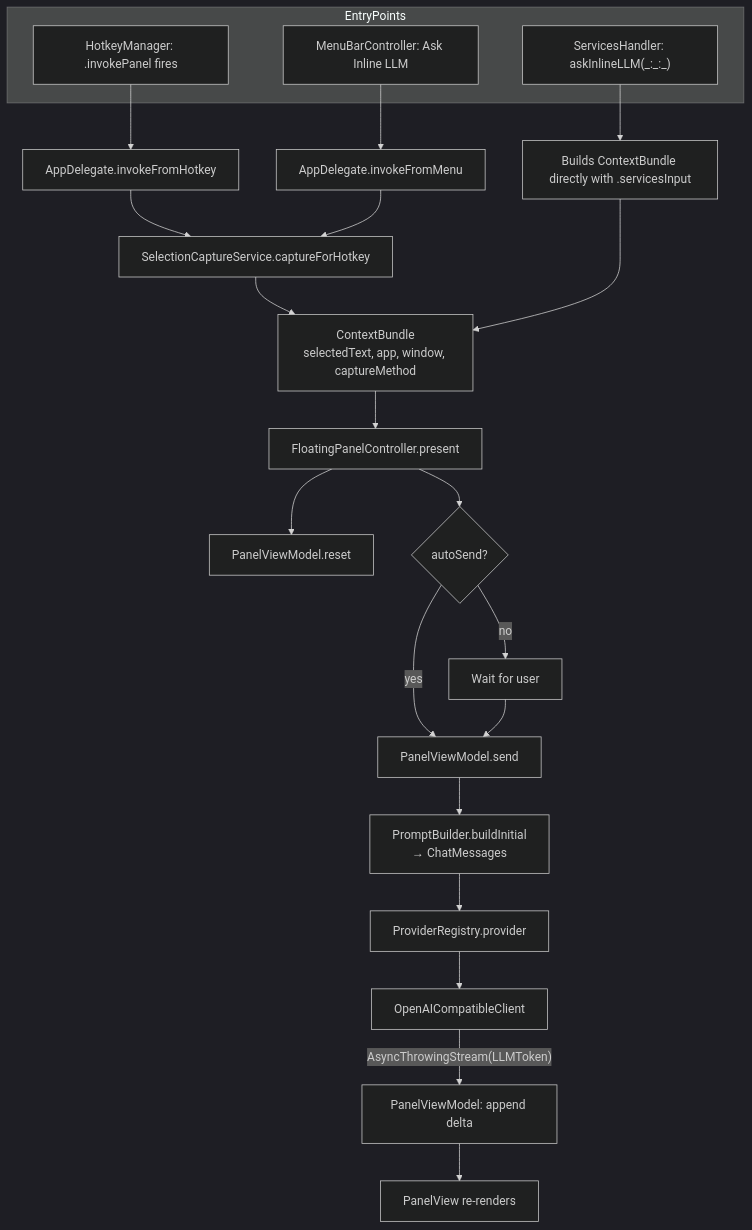
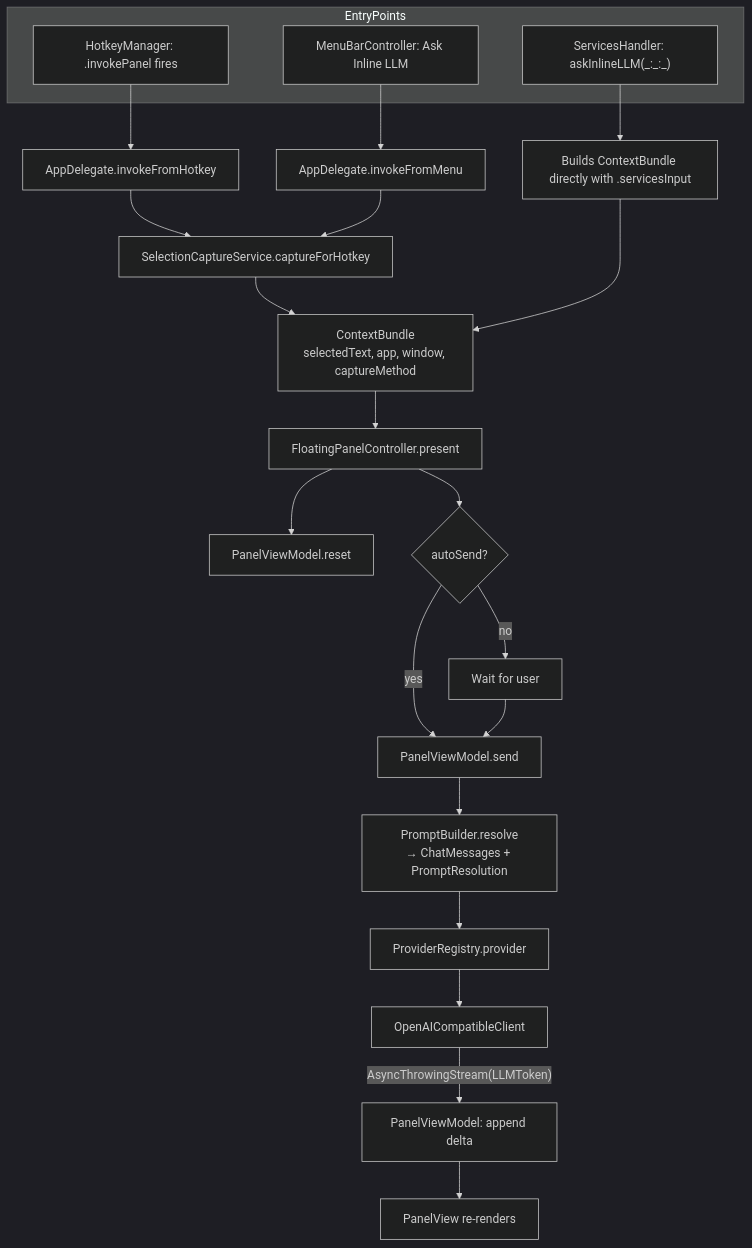
Before and after one commit to ZsoltTanko/inline-llm-lens: the diagram in docs/ARCHITECTURE.md, drawn with Mermaid (dark theme). The commit also changed other lines of this file and 35 other files, not shown here.

````diff
--- a/docs/ARCHITECTURE.md
+++ b/docs/ARCHITECTURE.md
@@ -36,31 +37,31 @@
 ```mermaid
 flowchart TD
   subgraph EntryPoints
     HK[HotkeyManager: .invokePanel fires]
     SV["ServicesHandler: askInlineLLM(_:_:_)"]
     MB[MenuBarController: Ask Inline LLM]
   end
 
   HK --> AD1[AppDelegate.invokeFromHotkey]
   MB --> AD2[AppDelegate.invokeFromMenu]
   SV --> Direct[Builds ContextBundle directly with .servicesInput]
 
   AD1 --> Cap[SelectionCaptureService.captureForHotkey]
   AD2 --> Cap
 
   Cap --> Bundle["ContextBundle\nselectedText, app, window, captureMethod"]
   Direct --> Bundle
 
   Bundle --> Pres[FloatingPanelController.present]
   Pres --> VMReset[PanelViewModel.reset]
   Pres --> AutoSend{autoSend?}
   AutoSend -->|yes| Send[PanelViewModel.send]
   AutoSend -->|no| Wait[Wait for user]
   Wait --> Send
 
-  Send --> Build["PromptBuilder.buildInitial\n→ ChatMessages"]
+  Send --> Build["PromptBuilder.resolve\n→ ChatMessages + PromptResolution"]
   Build --> Reg[ProviderRegistry.provider]
   Reg --> Cli[OpenAICompatibleClient]
   Cli -->|"AsyncThrowingStream(LLMToken)"| VM2[PanelViewModel: append delta]
   VM2 --> View[PanelView re-renders]
 ```
````
